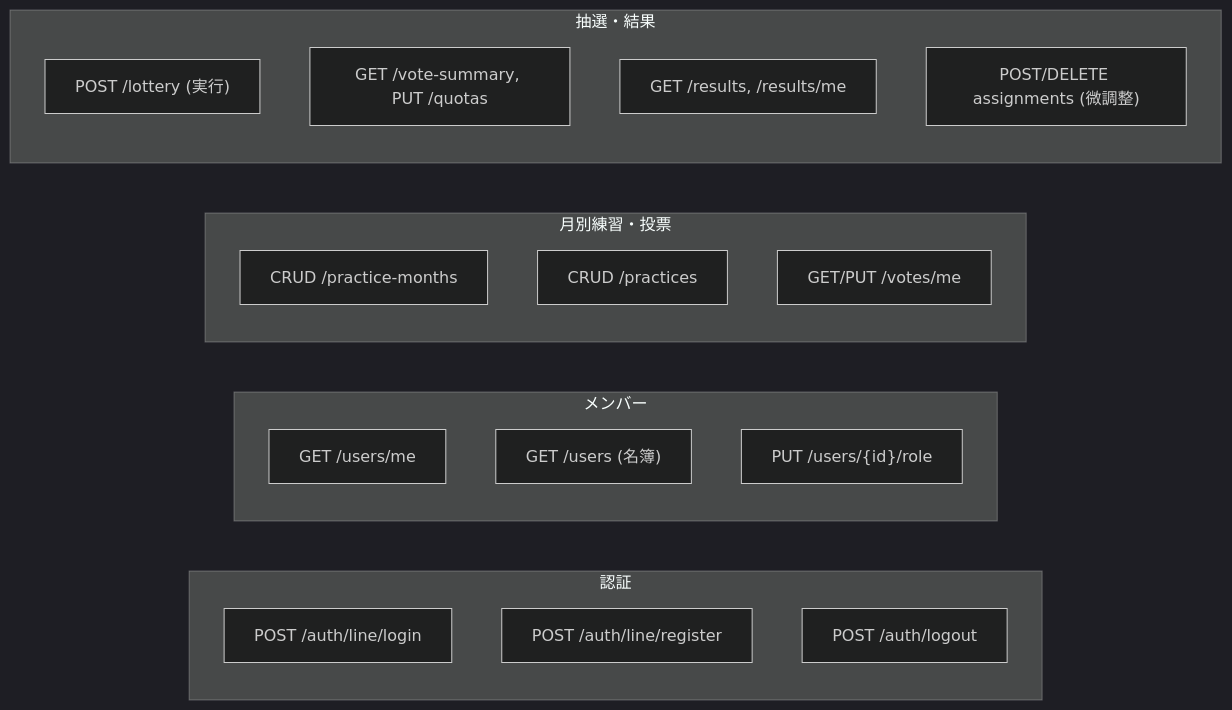
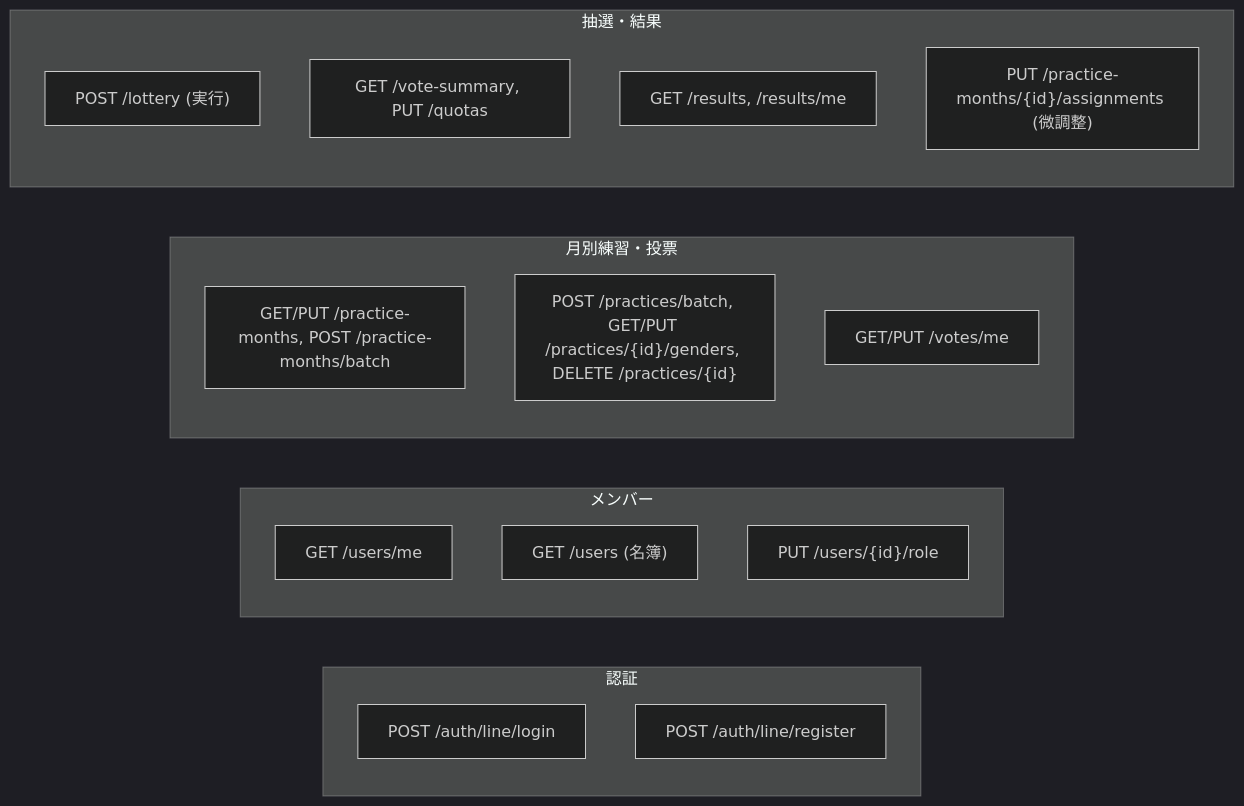
One commit to maruyama0124/lottery-system changed the diagram in specification/docs/api-design/index.md. Above: the diagram before and after it, drawn with Mermaid (dark theme). The commit also changed other lines of this file and 26 other files, not shown here.

````diff
--- a/specification/docs/api-design/index.md
+++ b/specification/docs/api-design/index.md
@@ -100,24 +100,23 @@
 ```mermaid
 graph LR
     subgraph AUTH["認証"]
         A1["POST /auth/line/login"]
         A2["POST /auth/line/register"]
-        A3["POST /auth/logout"]
     end
     subgraph USERS["メンバー"]
         U1["GET /users/me"]
         U2["GET /users (名簿)"]
         U4["PUT /users/{id}/role"]
     end
     subgraph PM["月別練習・投票"]
-        P1["CRUD /practice-months"]
-        P2["CRUD /practices"]
+        P1["GET/PUT /practice-months, POST /practice-months/batch"]
+        P2["POST /practices/batch, GET/PUT /practices/{id}/genders, DELETE /practices/{id}"]
         P3["GET/PUT /votes/me"]
     end
     subgraph LOT["抽選・結果"]
         L1["POST /lottery (実行)"]
         L2["GET /vote-summary, PUT /quotas"]
         L3["GET /results, /results/me"]
-        L4["POST/DELETE assignments (微調整)"]
+        L4["PUT /practice-months/{id}/assignments (微調整)"]
     end
 ```
````
